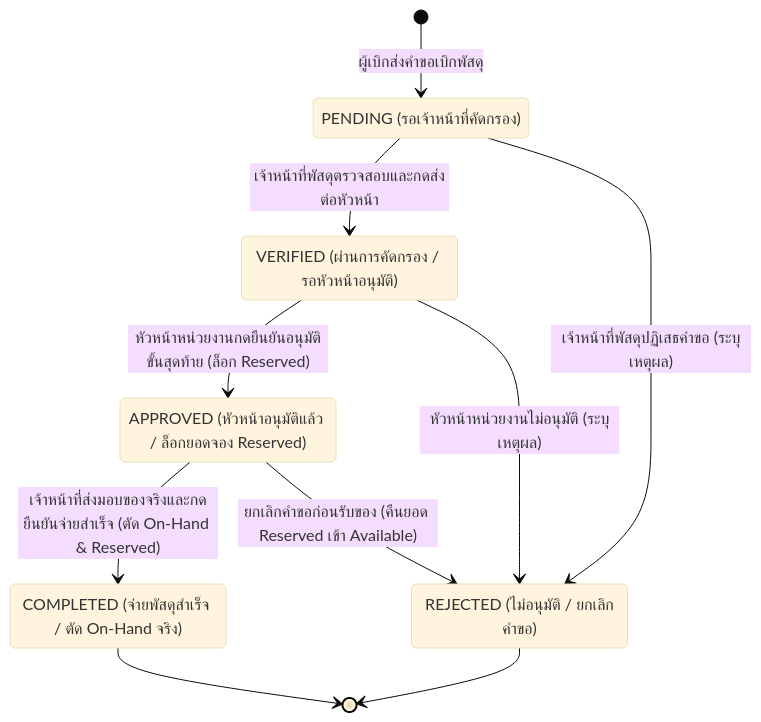
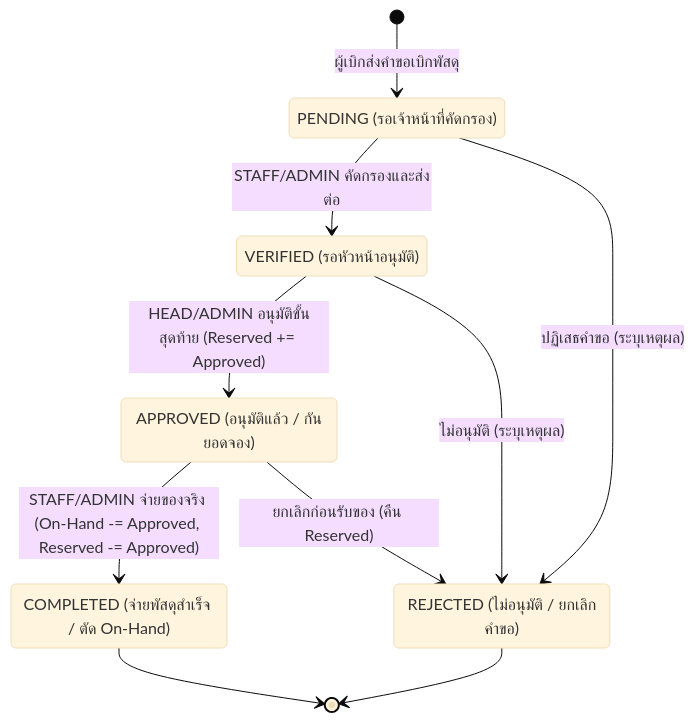
Before and after one commit to itsmekritsanai/stock-order-sdu: the first of 2 diagrams in docs/system_requirements_specification.md, drawn with Mermaid (base theme). The commit also changed other lines of this file and 20 other files, not shown here.

Commit message:
docs(project): update docs to current architecture and remove remaining pgAdmin references (v3.8.3)

````diff
--- a/docs/system_requirements_specification.md
+++ b/docs/system_requirements_specification.md
@@ -65,22 +52,18 @@
 ```mermaid
 stateDiagram-v2
     [*] --> PENDING: ผู้เบิกส่งคำขอเบิกพัสดุ
-    
     state "PENDING (รอเจ้าหน้าที่คัดกรอง)" as PENDING
-    state "VERIFIED (ผ่านการคัดกรอง / รอหัวหน้าอนุมัติ)" as VERIFIED
-    state "APPROVED (หัวหน้าอนุมัติแล้ว / ล็อกยอดจอง Reserved)" as APPROVED
-    state "COMPLETED (จ่ายพัสดุสำเร็จ / ตัด On-Hand จริง)" as COMPLETED
+    state "VERIFIED (รอหัวหน้าอนุมัติ)" as VERIFIED
+    state "APPROVED (อนุมัติแล้ว / กันยอดจอง)" as APPROVED
+    state "COMPLETED (จ่ายพัสดุสำเร็จ / ตัด On-Hand)" as COMPLETED
     state "REJECTED (ไม่อนุมัติ / ยกเลิกคำขอ)" as REJECTED
 
-    PENDING --> VERIFIED: เจ้าหน้าที่พัสดุตรวจสอบและกดส่งต่อหัวหน้า
-    PENDING --> REJECTED: เจ้าหน้าที่พัสดุปฏิเสธคำขอ (ระบุเหตุผล)
-
-    VERIFIED --> APPROVED: หัวหน้าหน่วยงานกดยืนยันอนุมัติขั้นสุดท้าย (ล็อก Reserved)
-    VERIFIED --> REJECTED: หัวหน้าหน่วยงานไม่อนุมัติ (ระบุเหตุผล)
-
-    APPROVED --> COMPLETED: เจ้าหน้าที่ส่งมอบของจริงและกดยืนยันจ่ายสำเร็จ (ตัด On-Hand & Reserved)
-    APPROVED --> REJECTED: ยกเลิกคำขอก่อนรับของ (คืนยอด Reserved เข้า Available)
-
+    PENDING --> VERIFIED: STAFF/ADMIN คัดกรองและส่งต่อ
+    PENDING --> REJECTED: ปฏิเสธคำขอ (ระบุเหตุผล)
+    VERIFIED --> APPROVED: HEAD/ADMIN อนุมัติขั้นสุดท้าย (Reserved += Approved)
+    VERIFIED --> REJECTED: ไม่อนุมัติ (ระบุเหตุผล)
+    APPROVED --> COMPLETED: STAFF/ADMIN จ่ายของจริง (On-Hand -= Approved, Reserved -= Approved)
+    APPROVED --> REJECTED: ยกเลิกก่อนรับของ (คืน Reserved)
     COMPLETED --> [*]
     REJECTED --> [*]
 ```
````
